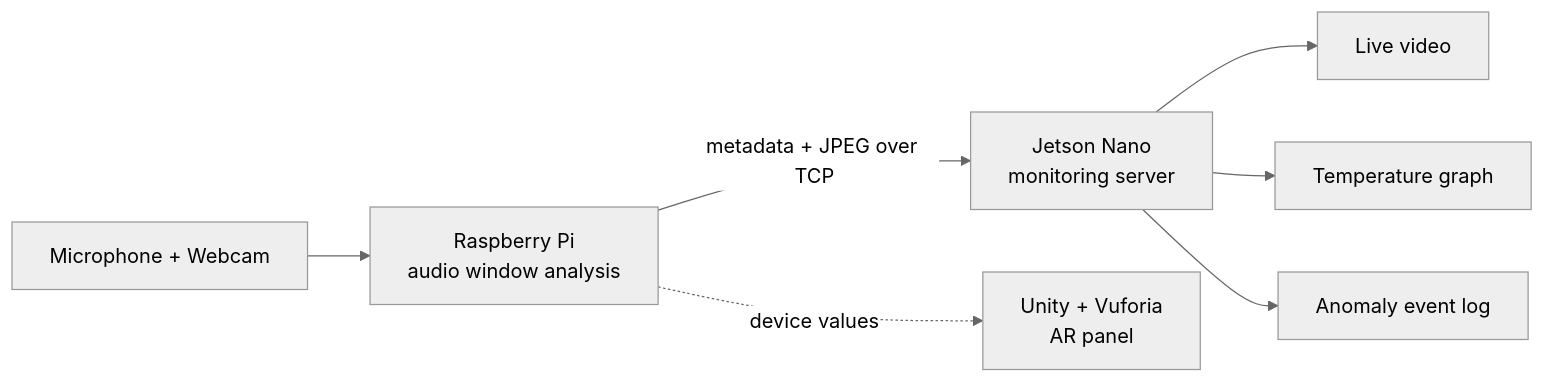
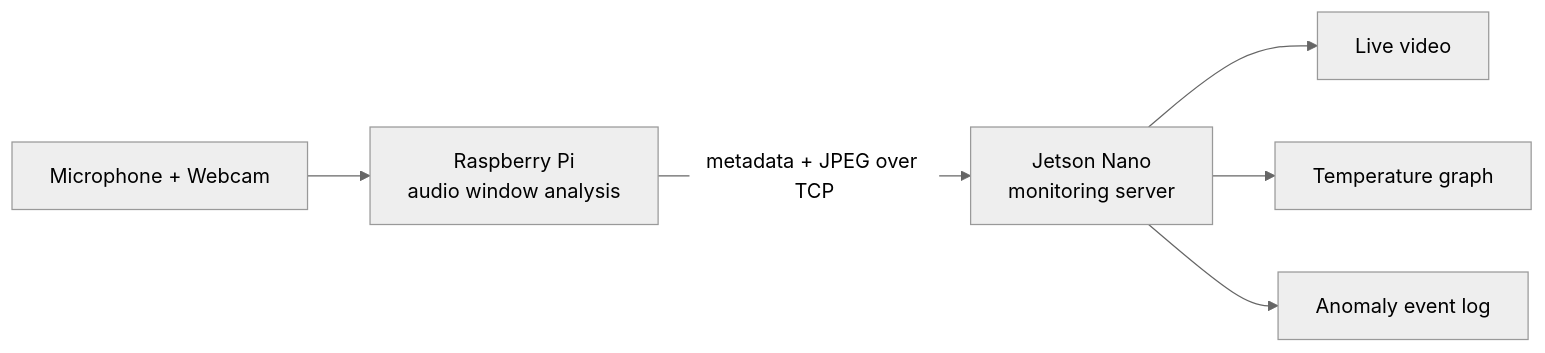
One commit to DoubleDeep-ai/edge-acoustic-monitor changed the diagram in README.md. Above: the diagram before and after it, drawn with Mermaid (neutral theme). The commit also changed other lines of this file and 1 other file, not shown here.

Commit message:
Show the Unity AR board-tracking demo at the top of the README

````diff
--- a/README.md
+++ b/README.md
@@ -18,9 +34,8 @@
 ```mermaid
 flowchart LR
     A[Microphone + Webcam] --> B[Raspberry Pi<br/>audio window analysis]
     B -->|metadata + JPEG over TCP| C[Jetson Nano<br/>monitoring server]
     C --> D[Live video]
     C --> E[Temperature graph]
     C --> F[Anomaly event log]
-    B -. device values .-> G[Unity + Vuforia<br/>AR panel]
 ```
````
